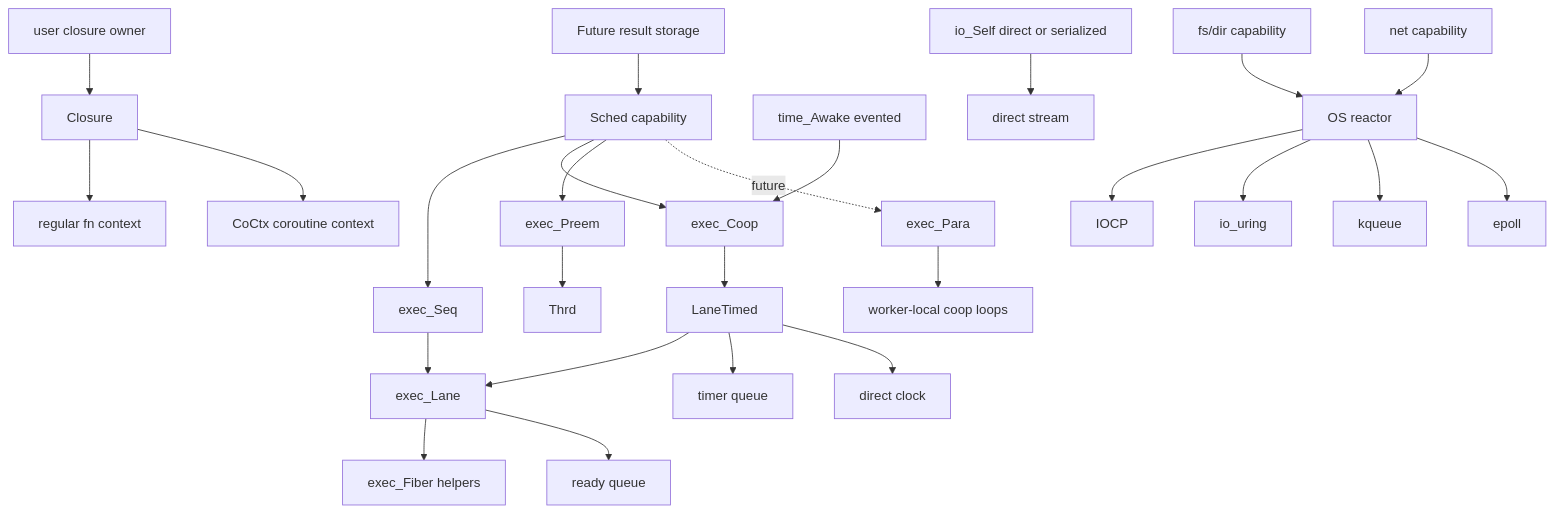
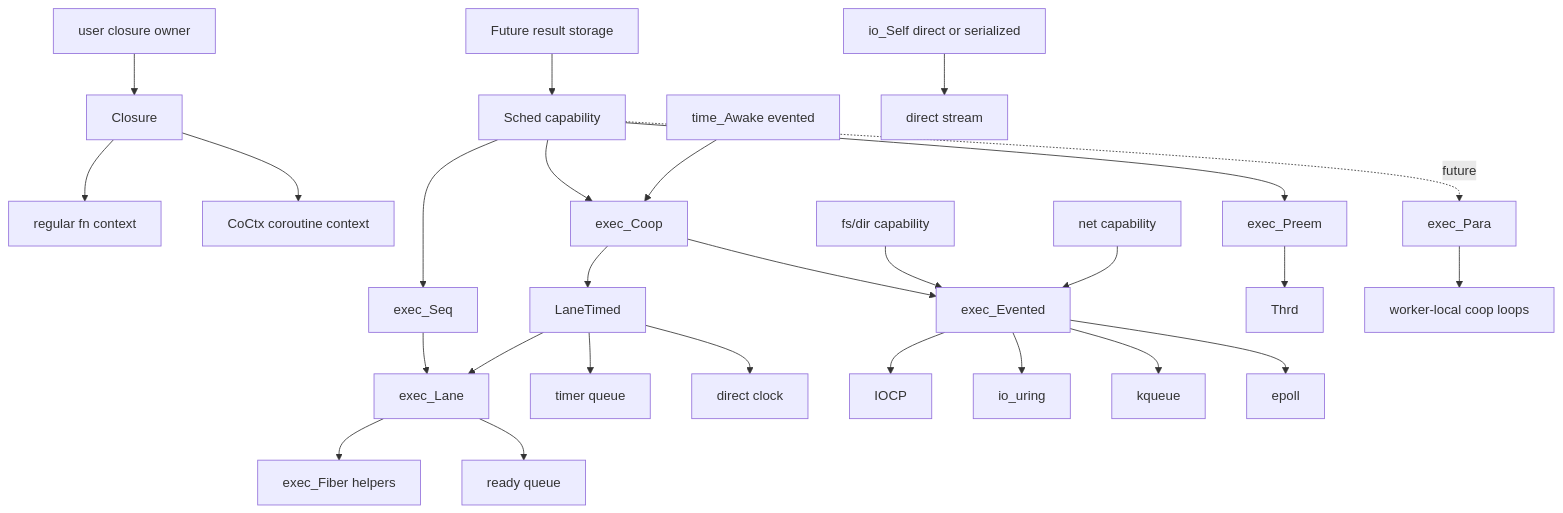
The first of 14 diagrams in dh/tests/draft/io_conc/ARCH.md (coding-pelican/dasae-headers), drawn with Mermaid before and after one commit. The commit also changed other lines of this file and 123 other files, not shown here.

````diff
--- a/dh/tests/draft/io_conc/ARCH.md
+++ b/dh/tests/draft/io_conc/ARCH.md
@@ -5,30 +5,31 @@
 ```mermaid
 graph TD
     User[user closure owner] --> Closure[Closure]
     Closure --> Fn[regular fn context]
     Closure --> Co[CoCtx coroutine context]
 
     Future[Future result storage] --> Sched[Sched capability]
     Sched --> Seq[exec_Seq]
     Sched --> Coop[exec_Coop]
     Sched --> Preem[exec_Preem]
     Sched -. future .-> Para[exec_Para]
     Seq --> Lane[exec_Lane]
     Coop --> LaneTimed
+    Coop --> Evented[exec_Evented]
     LaneTimed --> Lane
     Lane --> Single[exec_Fiber helpers]
     Lane --> Ready[ready queue]
     LaneTimed --> Timers[timer queue]
     LaneTimed --> Clock[direct clock]
     Preem --> Thrd[Thrd]
     Para --> Workers[worker-local coop loops]
 
     Time[time_Awake evented] --> Coop
     Io[io_Self direct or serialized] --> Direct[direct stream]
-    Fs[fs/dir capability] --> Reactor[OS reactor]
-    Net[net capability] --> Reactor
-    Reactor --> IOCP[IOCP]
-    Reactor --> Uring[io_uring]
-    Reactor --> Kqueue[kqueue]
-    Reactor --> Epoll[epoll]
+    Fs[fs/dir capability] --> Evented
+    Net[net capability] --> Evented
+    Evented --> IOCP[IOCP]
+    Evented --> Uring[io_uring]
+    Evented --> Kqueue[kqueue]
+    Evented --> Epoll[epoll]
 ```
````
